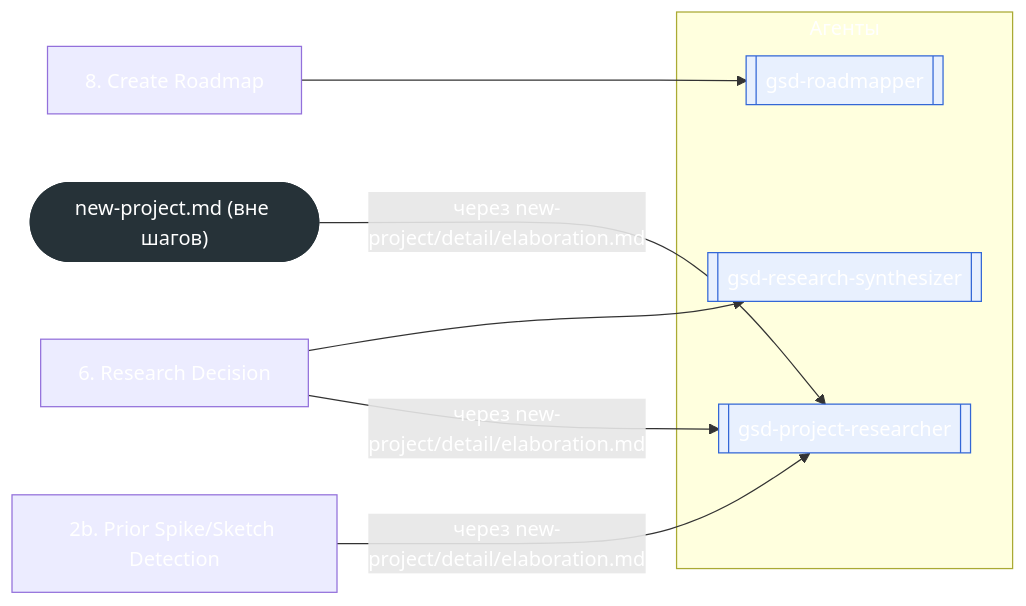
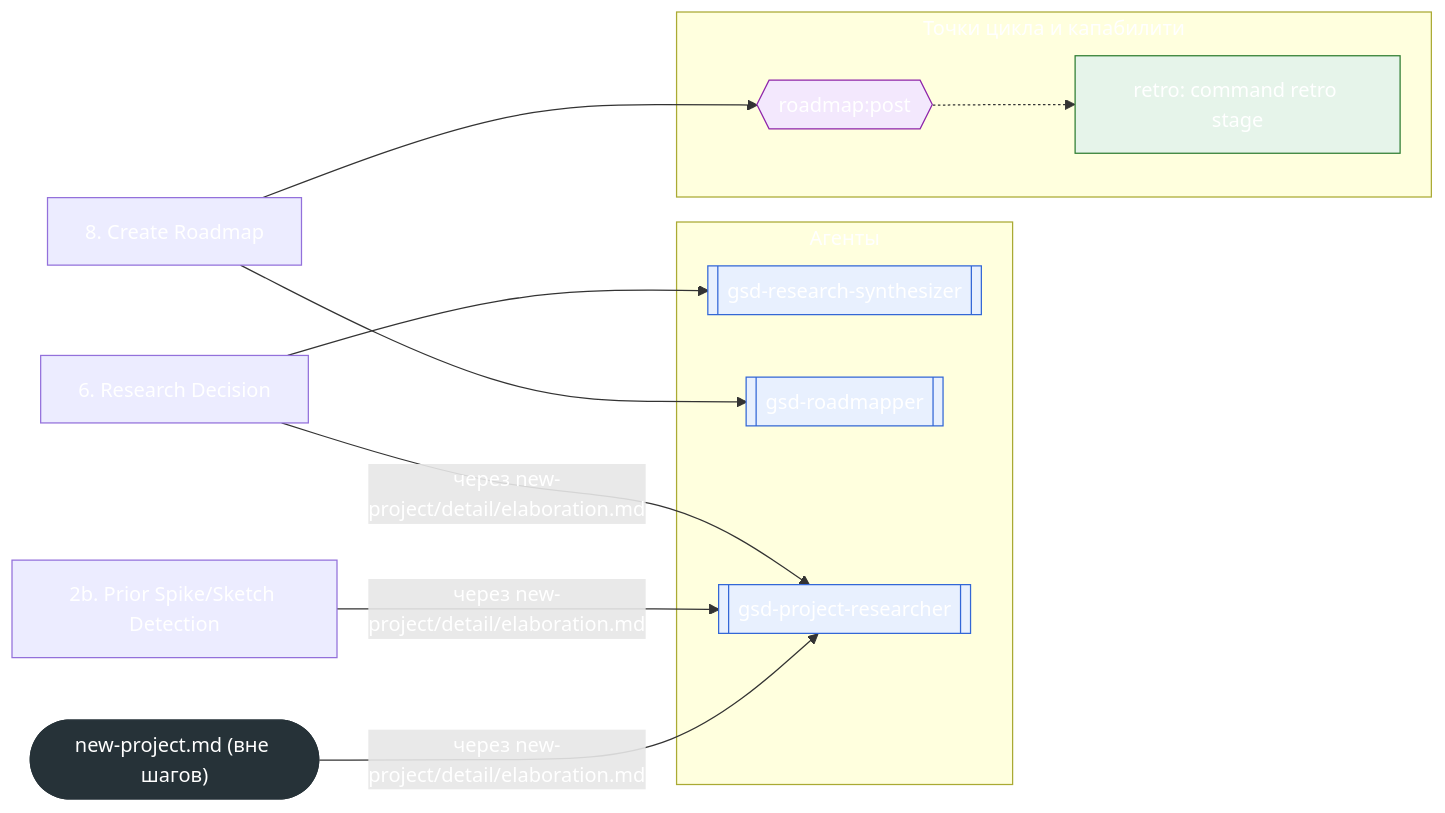
One commit to Govorin/gsd-core changed the second of 2 diagrams in docs/reference/workflow-maps/new-project.md. Above: the diagram before and after it, drawn with Mermaid. The commit also changed other lines of this file and 7 other files, not shown here.

````diff
--- a/docs/reference/workflow-maps/new-project.md
+++ b/docs/reference/workflow-maps/new-project.md
@@ -89,27 +89,33 @@
 ```mermaid
 flowchart LR
   subgraph g_agents["Агенты"]
     a_gsd_research_synthesizer[["gsd-research-synthesizer"]]:::agent
     a_gsd_roadmapper[["gsd-roadmapper"]]:::agent
     a_gsd_project_researcher[["gsd-project-researcher"]]:::agent
+  end
+  subgraph g_points["Точки цикла и капабилити"]
+    p_roadmap_post{{"roadmap#58;post"}}:::point
+    c_roadmap_post_retro_command_retro_stage["retro#58; command retro stage"]:::capability
   end
   wf_root(["new-project.md (вне шагов)"]):::root
   u_heading_2b__Prior_Spike_Sketch_Detection["2b. Prior Spike/Sketch Detection"]
   u_heading_6__Research_Decision["6. Research Decision"]
   u_heading_8__Create_Roadmap["8. Create Roadmap"]
   u_heading_6__Research_Decision --> a_gsd_research_synthesizer
   u_heading_8__Create_Roadmap --> a_gsd_roadmapper
   wf_root -->|"через new-project/detail/elaboration.md"| a_gsd_project_researcher
   u_heading_2b__Prior_Spike_Sketch_Detection -->|"через new-project/detail/elaboration.md"| a_gsd_project_researcher
   u_heading_6__Research_Decision -->|"через new-project/detail/elaboration.md"| a_gsd_project_researcher
+  p_roadmap_post -.-> c_roadmap_post_retro_command_retro_stage
+  u_heading_8__Create_Roadmap --> p_roadmap_post
   classDef missing fill:#fdecea,stroke:#d33,stroke-dasharray:4 3
   classDef unparsed fill:#f5f5f5,stroke:#999999,stroke-dasharray:4 3,color:#555
   classDef conditional fill:#fff8e1,stroke:#b28704
   classDef root fill:#263238,color:#ffffff,stroke:#263238
   classDef agent fill:#e8f0fe,stroke:#3367d6
   classDef builtin fill:#eeeeee,stroke:#777777
   classDef capability fill:#e6f4ea,stroke:#2e7d32
   classDef dynamic fill:#f2f2f2,stroke:#888,stroke-dasharray:2 2
   classDef point fill:#f3e8fd,stroke:#8e24aa
   classDef workflow fill:#ffffff,stroke:#555555
 ```
````
